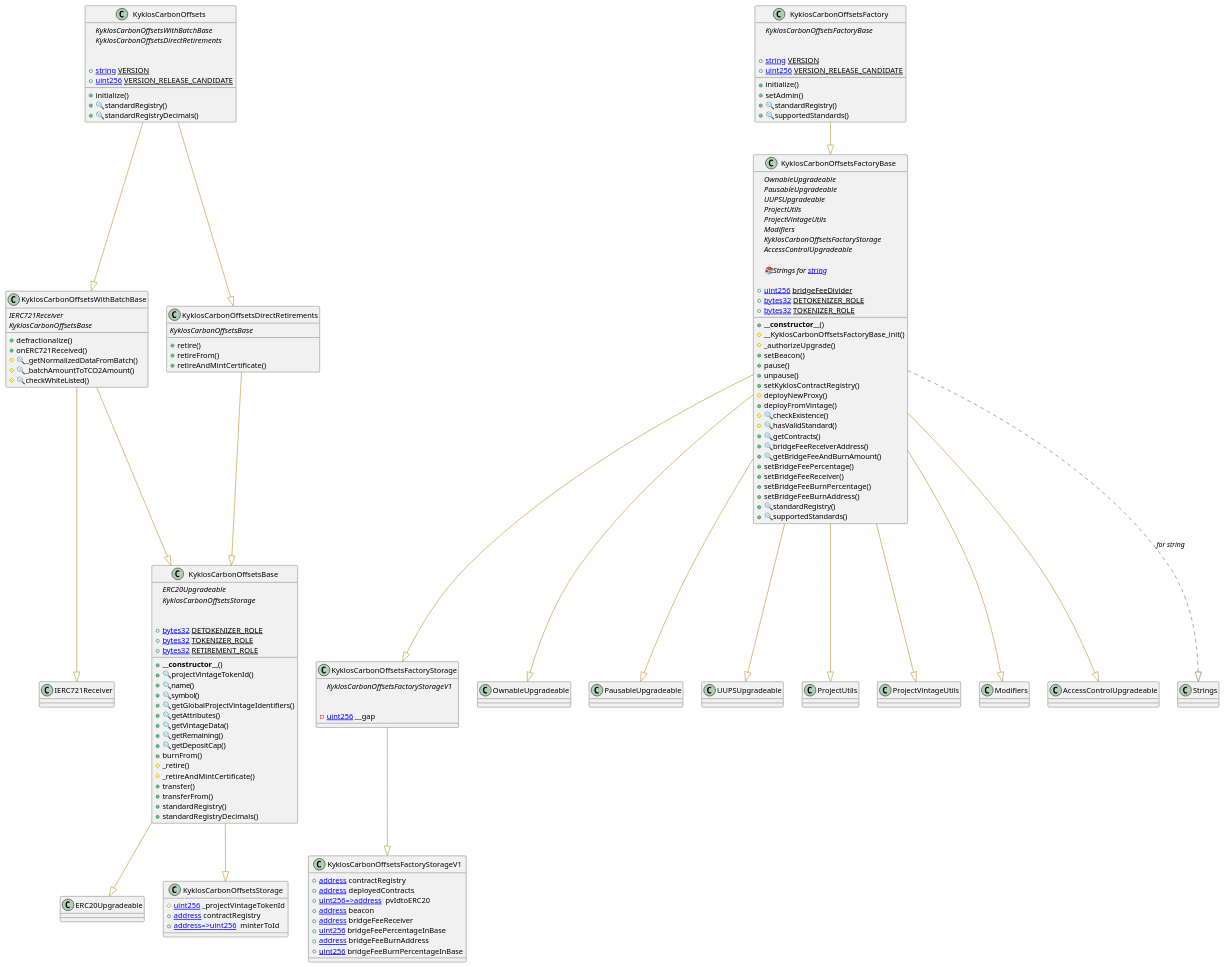
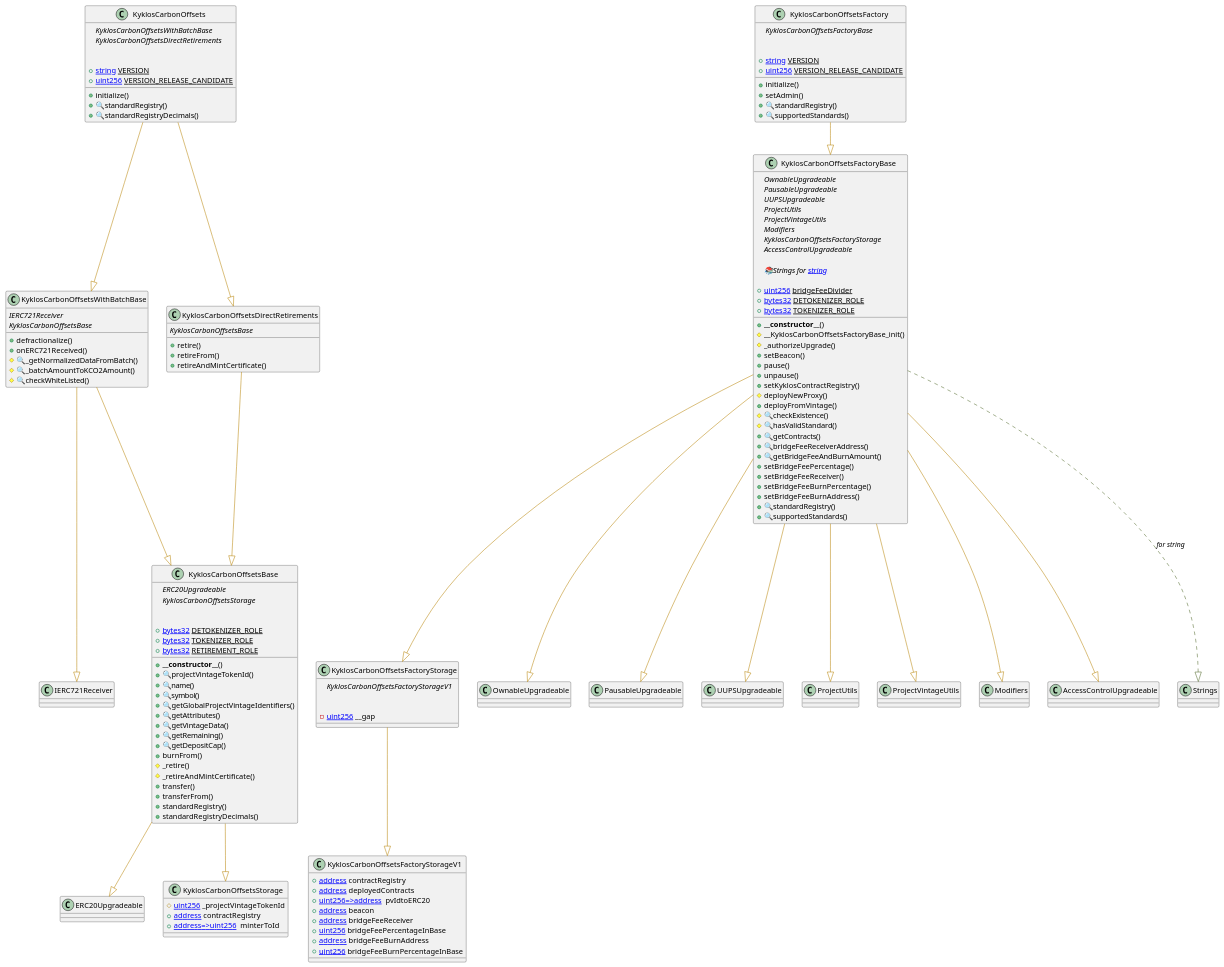
The diagram in plantuml/carbonOffset.wsd (mariolim96/Kyklos), drawn with PlantUML before and after one commit. The commit also changed 68 other files, not shown here.

Commit message:
feat: adding plant uml graphs

```diff
--- a/plantuml/carbonOffset.wsd
+++ b/plantuml/carbonOffset.wsd
@@ -53,7 +53,7 @@
 	+defractionalize()
 	+onERC721Received()
 	#🔍_getNormalizedDataFromBatch()
-	#🔍_batchAmountToTCO2Amount()
+	#🔍_batchAmountToKCO2Amount()
 	#🔍checkWhiteListed()
 
 }
```
